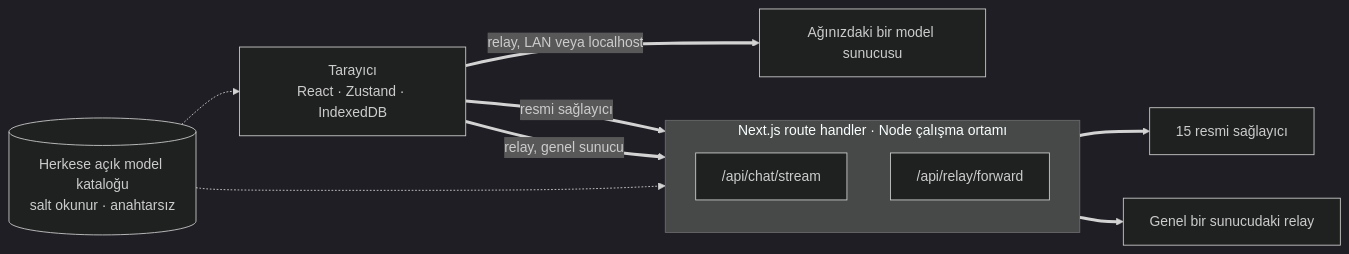
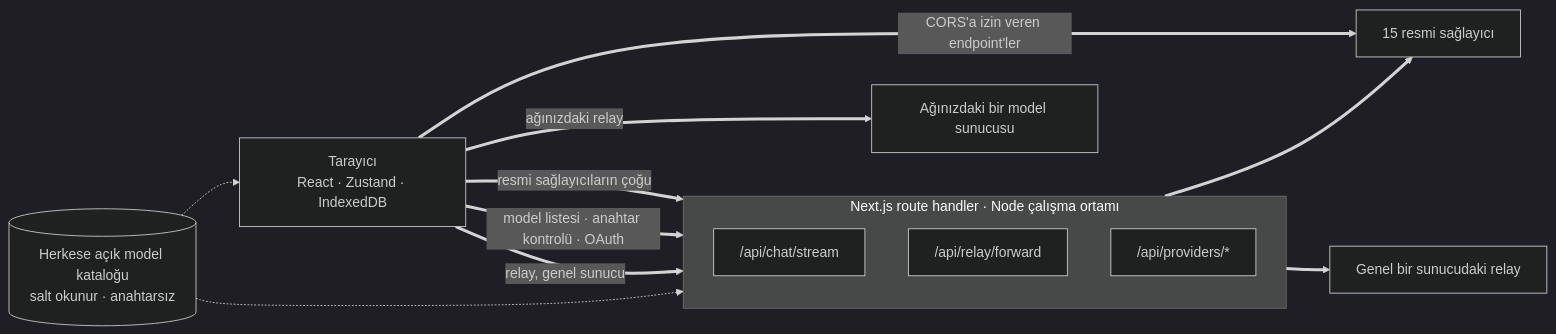
One commit to oriveo/oriveo changed the first of 2 diagrams in readme_i18n/tr/web.md. Above: the diagram before and after it, drawn with Mermaid (dark theme). The commit also changed other lines of this file and 62 other files, not shown here.

````diff
--- a/readme_i18n/tr/web.md
+++ b/readme_i18n/tr/web.md
@@ -62,21 +62,24 @@
 ```mermaid
 flowchart LR
     browser["Tarayıcı<br/>React · Zustand · IndexedDB"]
 
     subgraph server ["Next.js route handler · Node çalışma ortamı"]
         direction TB
         chat["/api/chat/stream"]
         fwd["/api/relay/forward"]
+        prov["/api/providers/*"]
     end
 
     official["15 resmi sağlayıcı"]
     pubrelay["Genel bir sunucudaki relay"]
     lan["Ağınızdaki bir model sunucusu"]
     catalog[("Herkese açık model kataloğu<br/>salt okunur · anahtarsız")]
 
-    browser ==>|"resmi sağlayıcı"| chat ==> official
+    browser ==>|"resmi sağlayıcıların çoğu"| chat ==> official
+    browser ==>|"model listesi · anahtar kontrolü · OAuth"| prov
     browser ==>|"relay, genel sunucu"| fwd ==> pubrelay
-    browser ==>|"relay, LAN veya localhost"| lan
+    browser ==>|"ağınızdaki relay"| lan
+    browser ==>|"CORS'a izin veren endpoint'ler"| official
     catalog -.-> browser
     catalog -.-> chat
 ```
````
